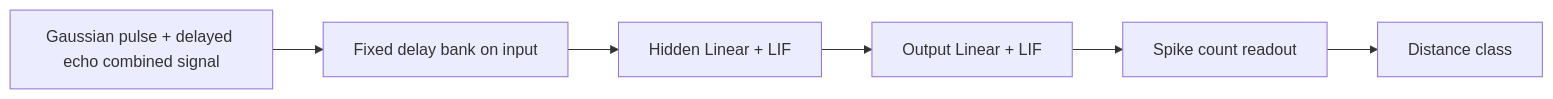
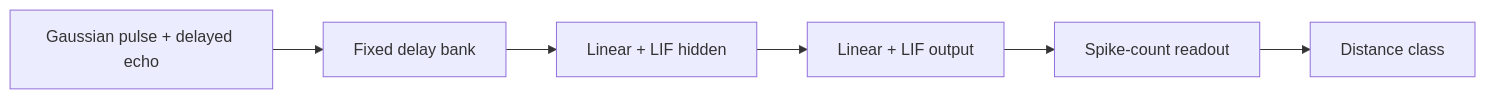
One commit to jackhenry02/Radar_SNN_3 changed the first of 2 diagrams in SESSION_SUMMARY.md. Above: the diagram before and after it, drawn with Mermaid. The commit also changed other lines of this file and 26 other files, not shown here.

````diff
--- a/SESSION_SUMMARY.md
+++ b/SESSION_SUMMARY.md
@@ -21,8 +41,8 @@
 ```mermaid
 flowchart LR
-    A[Gaussian pulse + delayed echo combined signal] --> B[Fixed delay bank on input]
-    B --> C[Hidden Linear + LIF]
-    C --> D[Output Linear + LIF]
-    D --> E[Spike count readout]
+    A[Gaussian pulse + delayed echo] --> B[Fixed delay bank]
+    B --> C[Linear + LIF hidden]
+    C --> D[Linear + LIF output]
+    D --> E[Spike-count readout]
     E --> F[Distance class]
 ```
````
